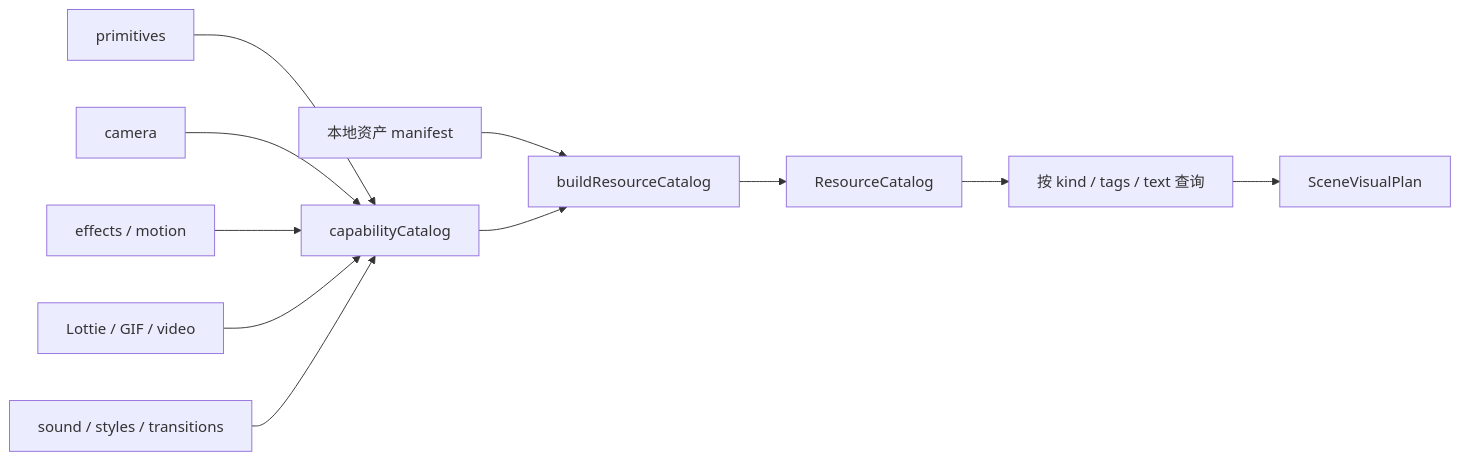
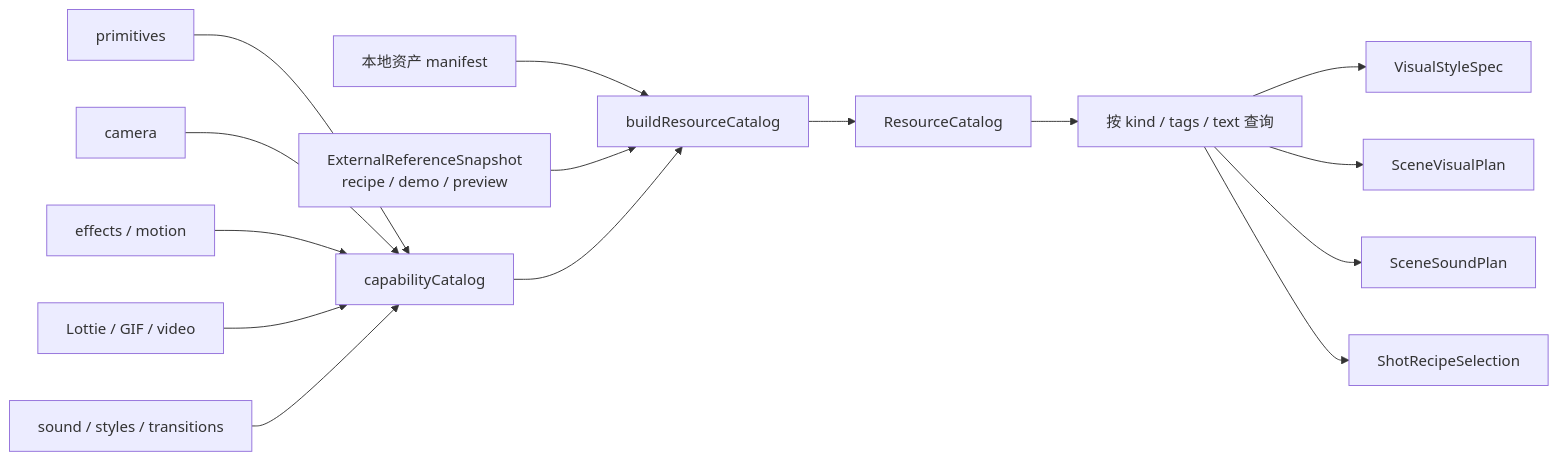
The diagram in docs/CAPABILITY_CATALOG.md (AXMORF/axmorf-studio), drawn with Mermaid before and after one commit. The commit also changed other lines of this file and 16 other files, not shown here.

````diff
--- a/docs/CAPABILITY_CATALOG.md
+++ b/docs/CAPABILITY_CATALOG.md
@@ -11,13 +13,17 @@
 ```mermaid
 flowchart LR
     Assets["本地资产 manifest"] --> Build["buildResourceCatalog"]
     Primitives["primitives"] --> Code["capabilityCatalog"]
     Camera["camera"] --> Code
     Effects["effects / motion"] --> Code
     Media["Lottie / GIF / video"] --> Code
     Sound["sound / styles / transitions"] --> Code
+    Upstream["ExternalReferenceSnapshot<br/>recipe / demo / preview"] --> Build
     Code --> Build
     Build --> Catalog["ResourceCatalog"]
     Catalog --> Query["按 kind / tags / text 查询"]
+    Query --> Style["VisualStyleSpec"]
     Query --> ScenePlan["SceneVisualPlan"]
+    Query --> SceneSound["SceneSoundPlan"]
+    Query --> Recipe["ShotRecipeSelection"]
 ```
````
